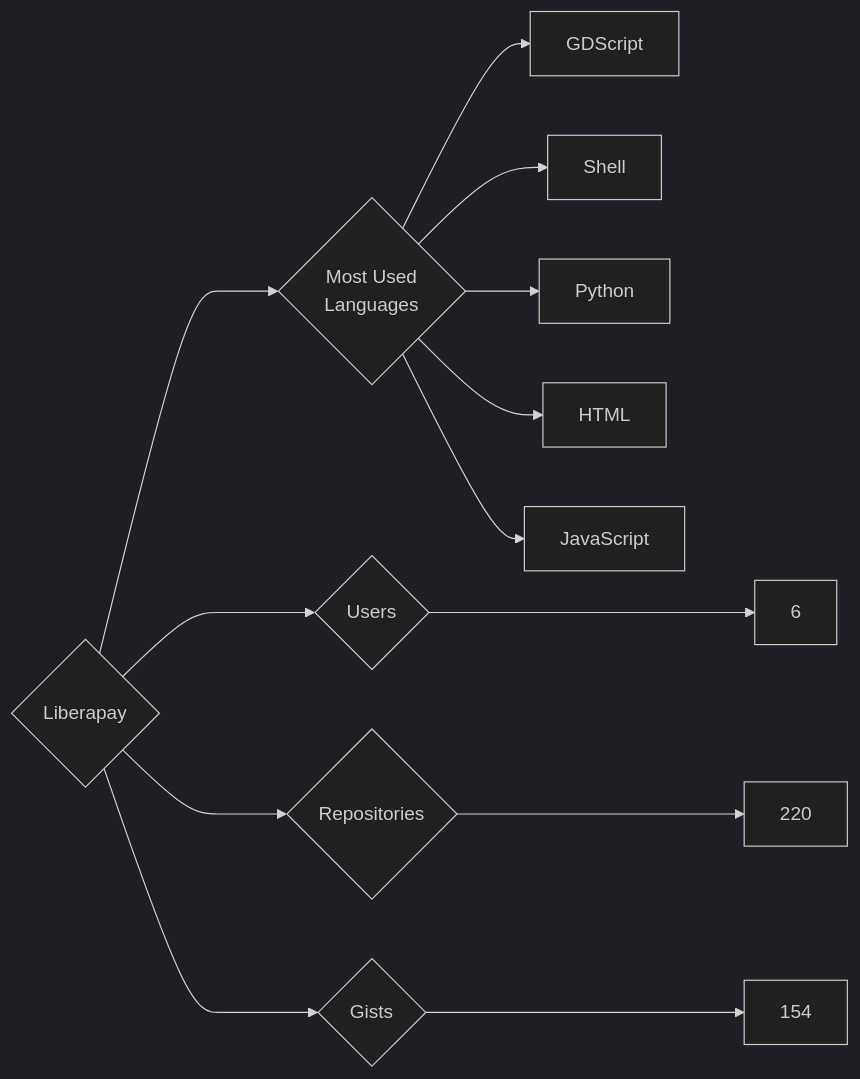
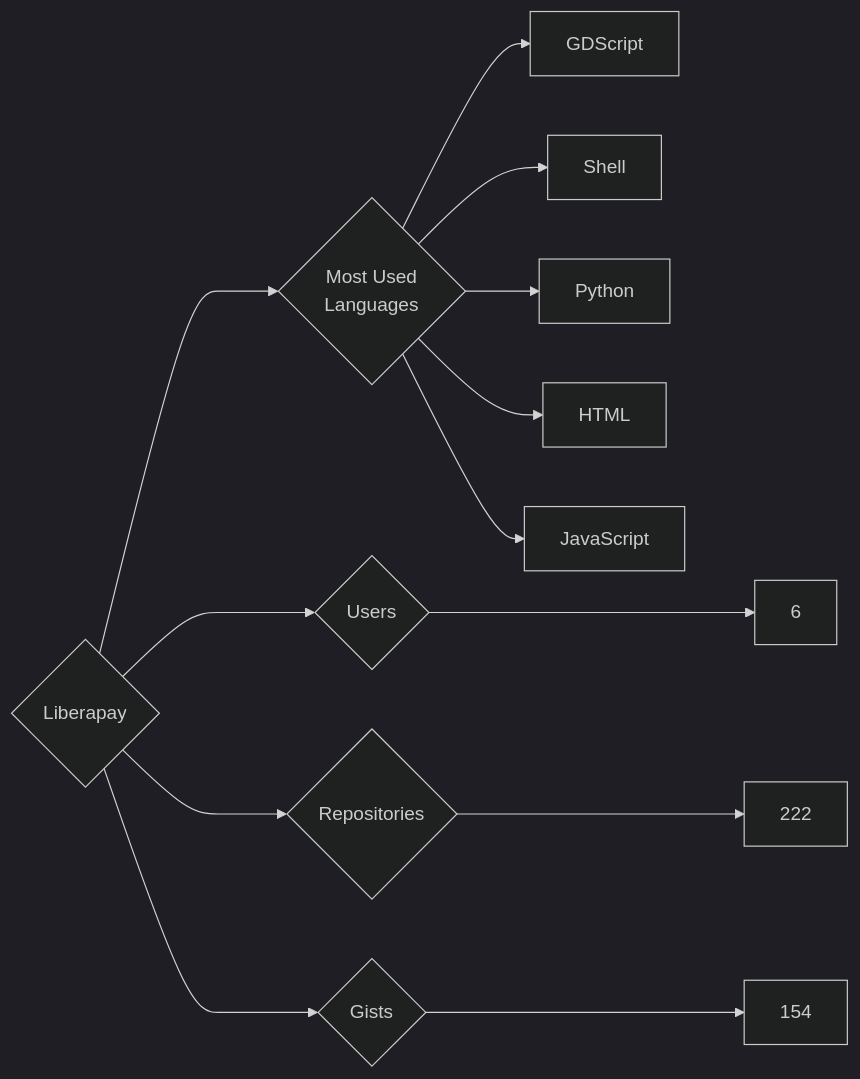
The diagram in targets/Liberapay/README.md (trickest/insiders), drawn with Mermaid (dark theme) before and after one commit. The commit also changed 877 other files, not shown here.

````diff
--- a/targets/Liberapay/README.md
+++ b/targets/Liberapay/README.md
@@ -3,13 +3,13 @@
 ```mermaid
 graph LR
 COMPANY_NAME{Liberapay}
 COMPANY_NAME ---> U{Users} ---> UN[6]
-COMPANY_NAME ---> R{Repositories} ---> RN[220]
+COMPANY_NAME ---> R{Repositories} ---> RN[222]
 COMPANY_NAME ---> G{Gists} ---> GN[154]
 COMPANY_NAME ---> ML{Most Used<br>Languages}
 ML --> GDScript[GDScript]
 ML --> Shell[Shell]
 ML --> Python[Python]
 ML --> HTML[HTML]
 ML --> JavaScript[JavaScript]
 ```
````
